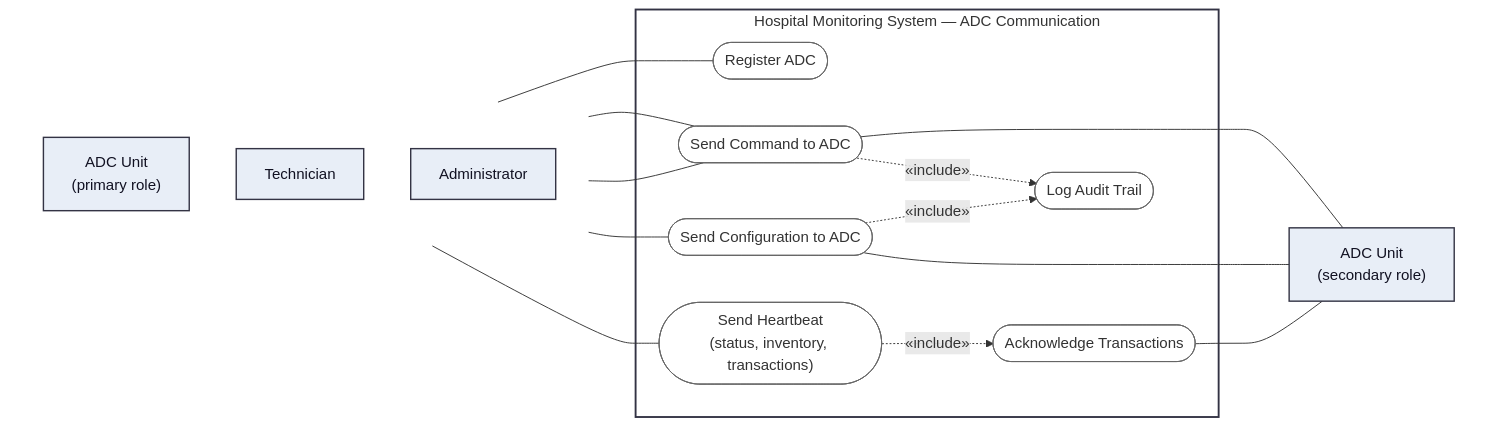
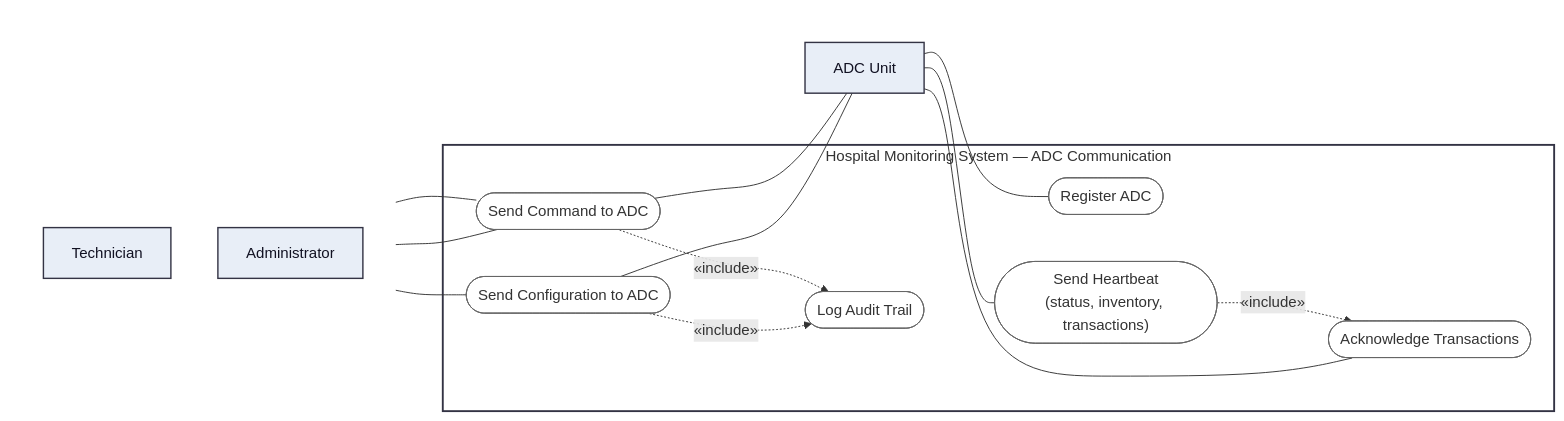
One commit to LukaMrt/3K04-project changed the second of 7 diagrams in docs/part-b/diagrams/use-case-diagram.md. Above: the diagram before and after it, drawn with Mermaid. The commit also changed other lines of this file and 10 other files, not shown here.

````diff
--- a/docs/part-b/diagrams/use-case-diagram.md
+++ b/docs/part-b/diagrams/use-case-diagram.md
@@ -66,44 +35,43 @@
 ```mermaid
 flowchart LR
     subgraph Primary[" "]
         direction TB
-        ADC["ADC Unit<br/>(primary role)"]
         Technician["Technician"]
         Admin["Administrator"]
     end
 
     subgraph MS["Hospital Monitoring System — ADC Communication"]
         RegisterADC(["Register ADC"])
         Heartbeat(["Send Heartbeat<br/>(status, inventory, transactions)"])
         AckEvent(["Acknowledge Transactions"])
         SendCmd(["Send Command to ADC"])
         SendConfig(["Send Configuration to ADC"])
         AuditLog(["Log Audit Trail"])
     end
 
-    subgraph Secondary[" "]
-        ADC2["ADC Unit<br/>(secondary role)"]
+    subgraph Partner[" "]
+        ADC["ADC Unit"]
     end
 
     ADC --- RegisterADC
     ADC --- Heartbeat
     Technician --- SendCmd
     Admin --- SendCmd
     Admin --- SendConfig
 
-    SendCmd --- ADC2
-    SendConfig --- ADC2
-    AckEvent --- ADC2
+    SendCmd --- ADC
+    SendConfig --- ADC
+    AckEvent --- ADC
 
     Heartbeat -. "«include»" .-> AckEvent
     SendCmd -. "«include»" .-> AuditLog
     SendConfig -. "«include»" .-> AuditLog
 
     classDef actor fill:#e8eef7,stroke:#334,stroke-width:1.5px,color:#112;
     classDef usecase fill:#fff,stroke:#666,stroke-width:1px;
-    class ADC,ADC2,Technician,Admin actor;
+    class ADC,Technician,Admin actor;
     class RegisterADC,Heartbeat,AckEvent,SendCmd,SendConfig,AuditLog usecase;
     style Primary fill:none,stroke:none;
-    style Secondary fill:none,stroke:none;
+    style Partner fill:none,stroke:none;
     style MS fill:none,stroke:#334,stroke-width:2px;
 ```
````
